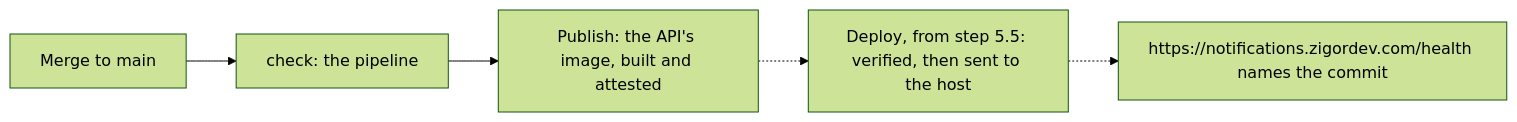
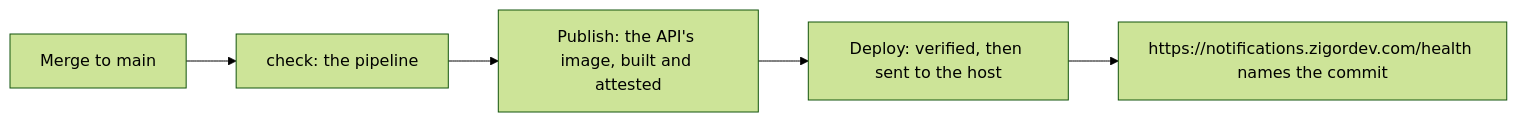
The diagram in docs/cloud-first-deploy.md (zigordev/notifications), drawn with Mermaid (forest theme) before and after one commit. The commit also changed other lines of this file and 3 other files, not shown here.

````diff
--- a/docs/cloud-first-deploy.md
+++ b/docs/cloud-first-deploy.md
@@ -7,7 +7,7 @@
 ```mermaid
 flowchart LR
   merge["Merge to main"] --> check["check: the pipeline"]
   check --> publish["Publish: the API's image, built and attested"]
-  publish -.-> deploy["Deploy, from step 5.5: verified, then sent to the host"]
-  deploy -.-> outside["https://notifications.zigordev.com/health names the commit"]
+  publish --> deploy["Deploy: verified, then sent to the host"]
+  deploy --> outside["https://notifications.zigordev.com/health names the commit"]
 ```
````
